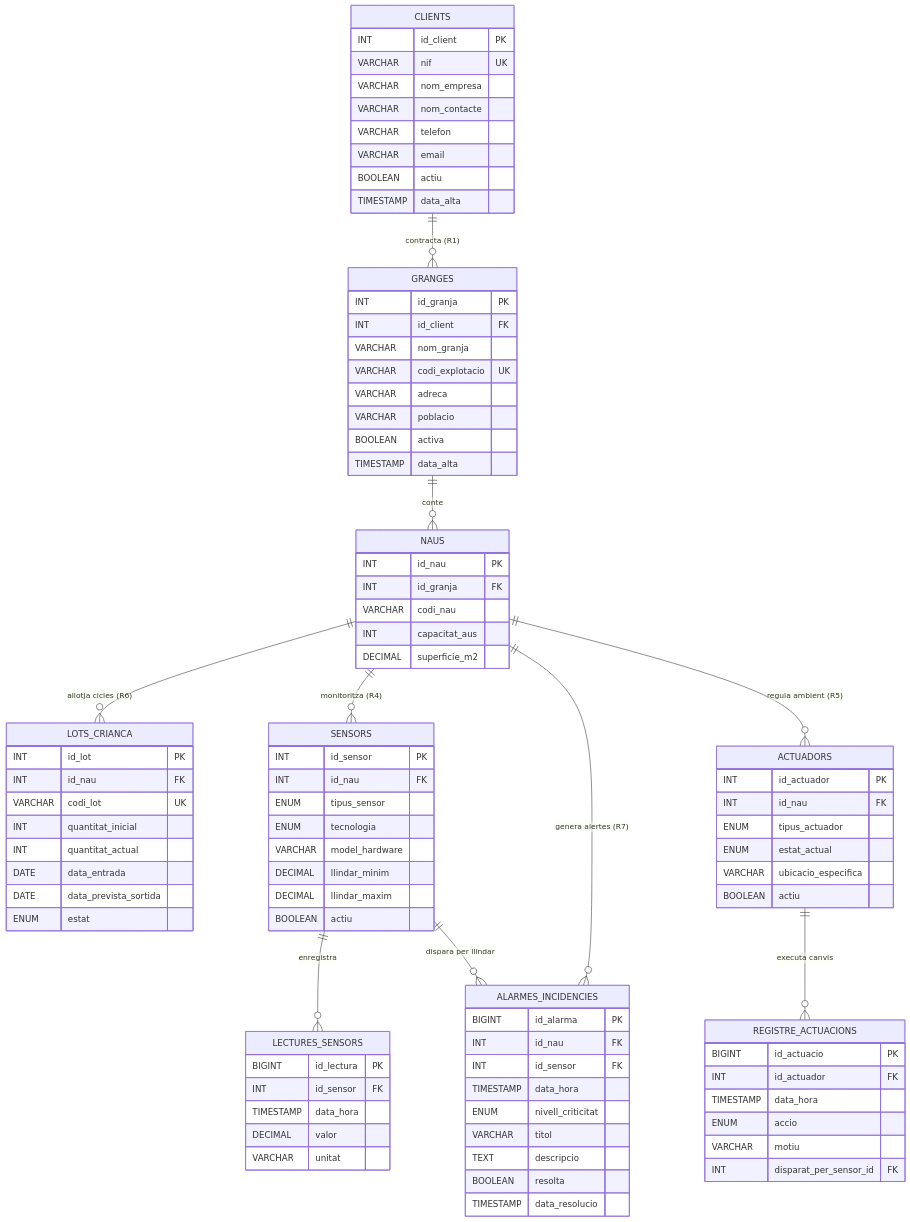
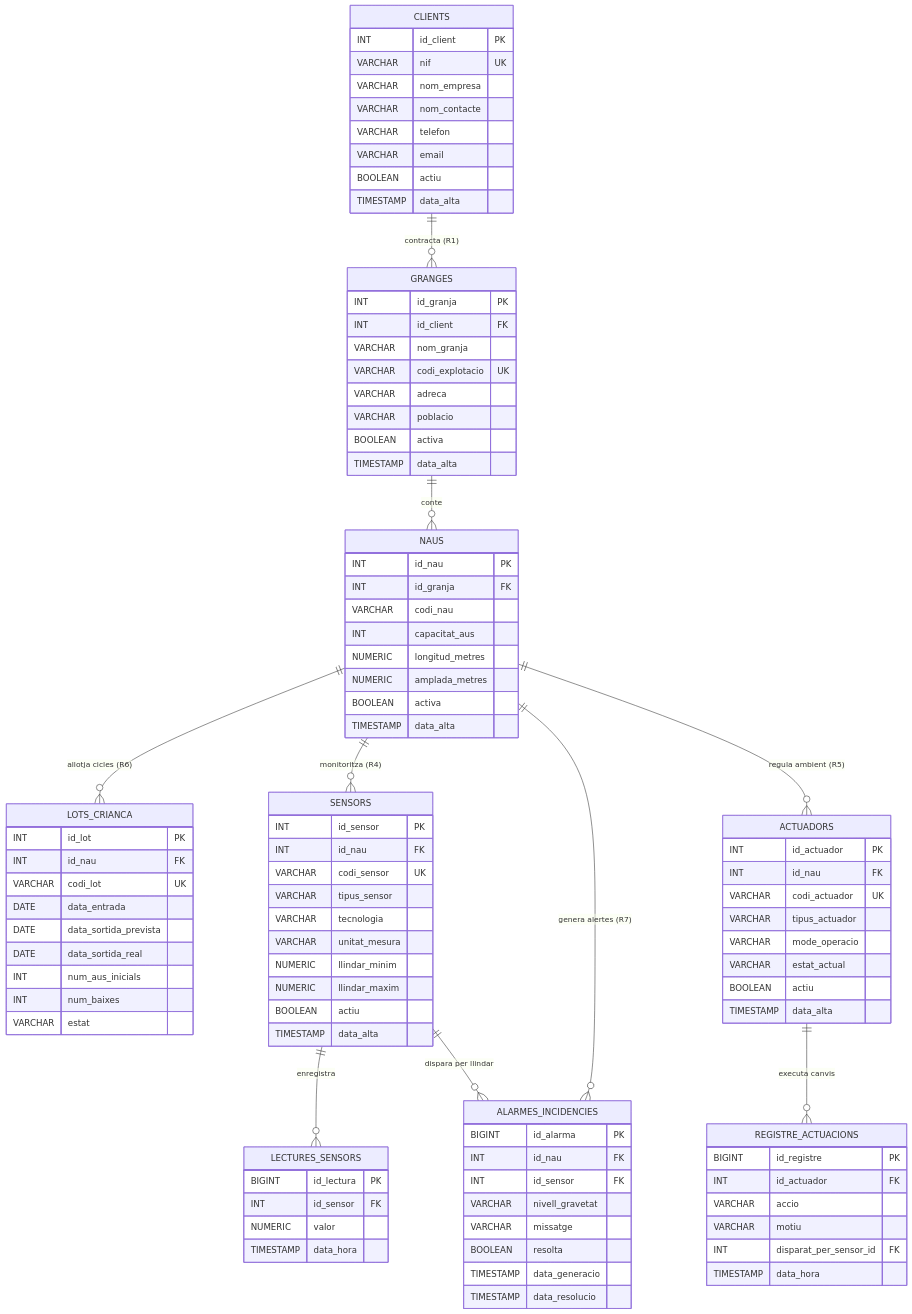
One commit to JoanGarcia25/avigest-projecte changed the diagram in bd/model-er/model_er.md. Above: the diagram before and after it, drawn with Mermaid. The commit also changed other lines of this file and 6 other files, not shown here.

Commit message:
docs: corregir incoherencies de SO, xarxes VirtualBox/VMware, model ER i alinear amb Guies_MV

````diff
--- a/bd/model-er/model_er.md
+++ b/bd/model-er/model_er.md
@@ -45,66 +45,72 @@
         INT id_granja FK
         VARCHAR codi_nau
         INT capacitat_aus
-        DECIMAL superficie_m2
+        NUMERIC longitud_metres
+        NUMERIC amplada_metres
+        BOOLEAN activa
+        TIMESTAMP data_alta
     }
 
     LOTS_CRIANCA {
         INT id_lot PK
         INT id_nau FK
         VARCHAR codi_lot UK
-        INT quantitat_inicial
-        INT quantitat_actual
         DATE data_entrada
-        DATE data_prevista_sortida
-        ENUM estat
+        DATE data_sortida_prevista
+        DATE data_sortida_real
+        INT num_aus_inicials
+        INT num_baixes
+        VARCHAR estat
     }
 
     SENSORS {
         INT id_sensor PK
         INT id_nau FK
-        ENUM tipus_sensor
-        ENUM tecnologia
-        VARCHAR model_hardware
-        DECIMAL llindar_minim
-        DECIMAL llindar_maxim
+        VARCHAR codi_sensor UK
+        VARCHAR tipus_sensor
+        VARCHAR tecnologia
+        VARCHAR unitat_mesura
+        NUMERIC llindar_minim
+        NUMERIC llindar_maxim
         BOOLEAN actiu
+        TIMESTAMP data_alta
     }
 
     ACTUADORS {
         INT id_actuador PK
         INT id_nau FK
-        ENUM tipus_actuador
-        ENUM estat_actual
-        VARCHAR ubicacio_especifica
+        VARCHAR codi_actuador UK
+        VARCHAR tipus_actuador
+        VARCHAR mode_operacio
+        VARCHAR estat_actual
         BOOLEAN actiu
+        TIMESTAMP data_alta
     }
 
     LECTURES_SENSORS {
         BIGINT id_lectura PK
         INT id_sensor FK
+        NUMERIC valor
         TIMESTAMP data_hora
-        DECIMAL valor
-        VARCHAR unitat
     }
 
     REGISTRE_ACTUACIONS {
-        BIGINT id_actuacio PK
+        BIGINT id_registre PK
         INT id_actuador FK
-        TIMESTAMP data_hora
-        ENUM accio
+        VARCHAR accio
         VARCHAR motiu
         INT disparat_per_sensor_id FK
+        TIMESTAMP data_hora
     }
 
     ALARMES_INCIDENCIES {
         BIGINT id_alarma PK
         INT id_nau FK
         INT id_sensor FK
-        TIMESTAMP data_hora
-        ENUM nivell_criticitat
-        VARCHAR titol
-        TEXT descripcio
+        VARCHAR nivell_gravetat
+        VARCHAR missatge
         BOOLEAN resolta
+        TIMESTAMP data_generacio
         TIMESTAMP data_resolucio
     }
 ```
````
